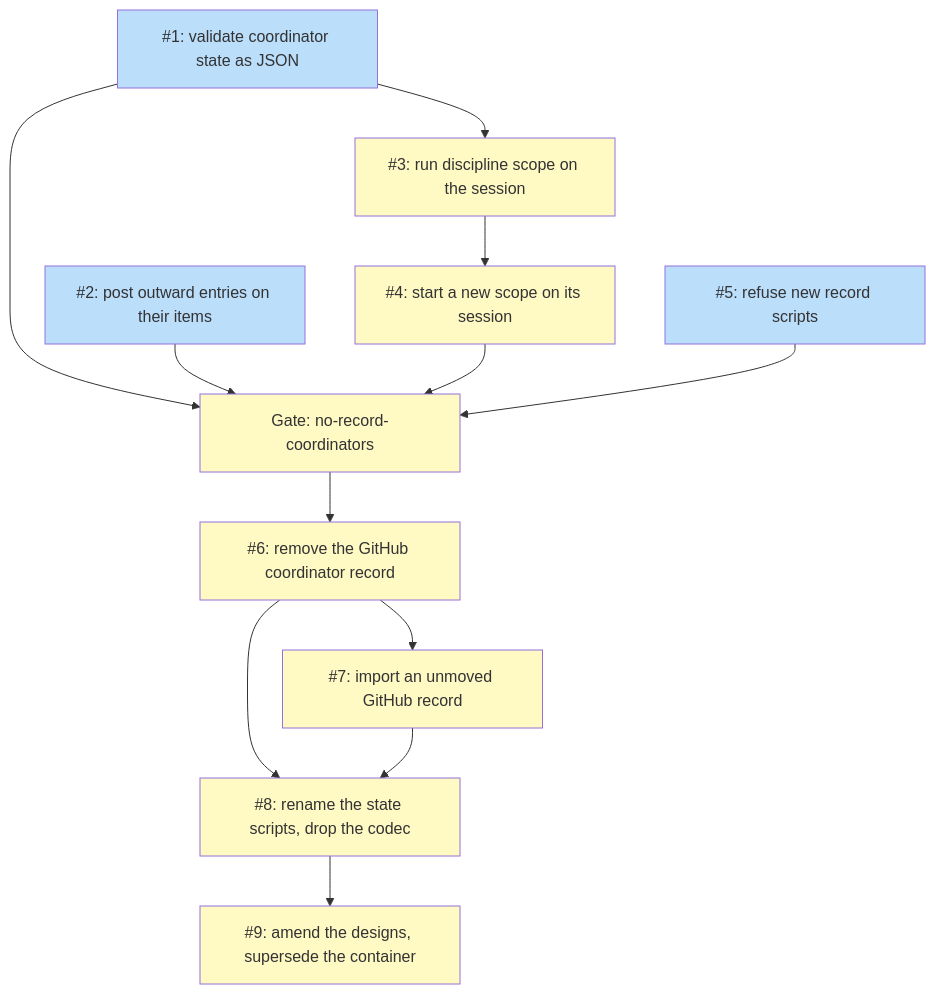
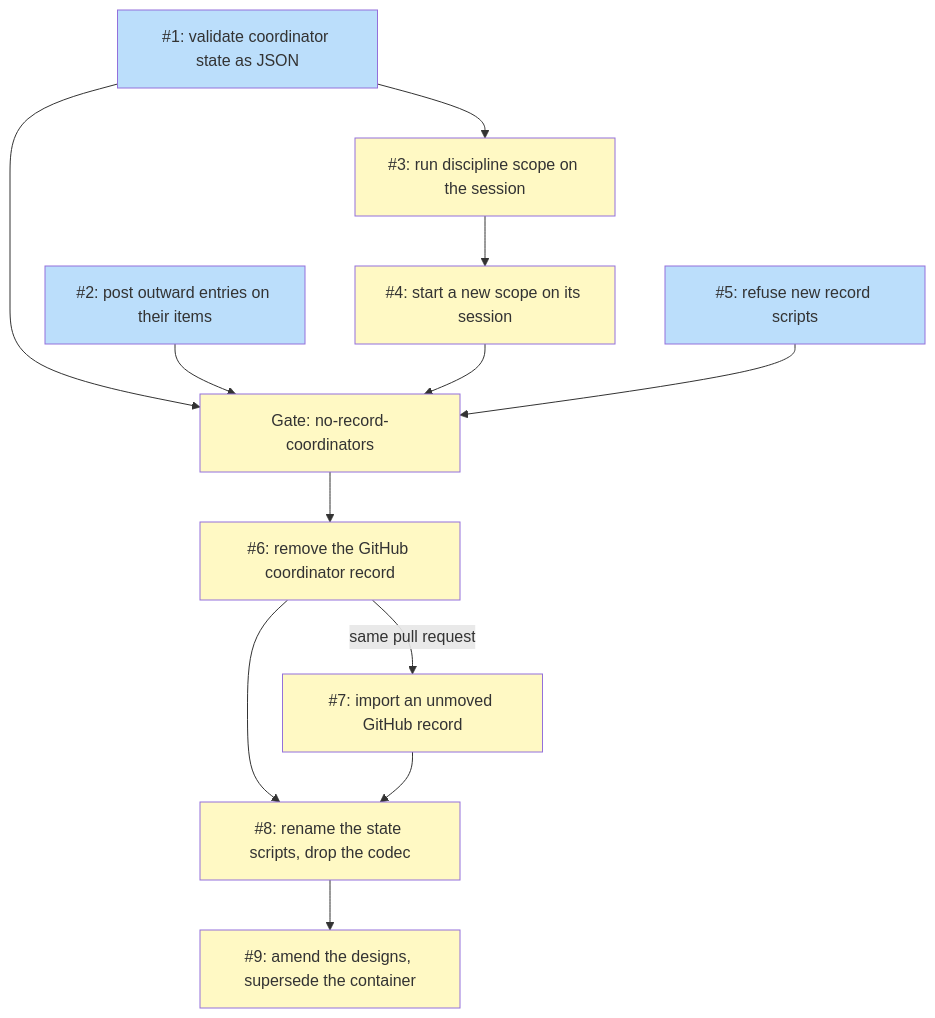
Before and after one commit to tsukumogami/shirabe: the diagram in docs/plans/PLAN-coordinator-record-teardown.md, drawn with Mermaid. The commit also changed other lines of this file and 2 other files, not shown here.

````diff
--- a/docs/plans/PLAN-coordinator-record-teardown.md
+++ b/docs/plans/PLAN-coordinator-record-teardown.md
@@ -579,32 +585,32 @@
 ```mermaid
 graph TD
     I1["#1: validate coordinator state as JSON"]
     I2["#2: post outward entries on their items"]
     I3["#3: run discipline scope on the session"]
     I4["#4: start a new scope on its session"]
     I5["#5: refuse new record scripts"]
     G1["Gate: no-record-coordinators"]
     I6["#6: remove the GitHub coordinator record"]
     I7["#7: import an unmoved GitHub record"]
     I8["#8: rename the state scripts, drop the codec"]
     I9["#9: amend the designs, supersede the container"]
 
     I1 --> I3
     I3 --> I4
     I1 --> G1
     I2 --> G1
     I4 --> G1
     I5 --> G1
     G1 --> I6
-    I6 --> I7
+    I6 -->|same pull request| I7
     I6 --> I8
     I7 --> I8
     I8 --> I9
 
     classDef done fill:#c8e6c9
     classDef ready fill:#bbdefb
     classDef blocked fill:#fff9c4
 
     class I1,I2,I5 ready
     class I3,I4,G1,I6,I7,I8,I9 blocked
 ```
````
